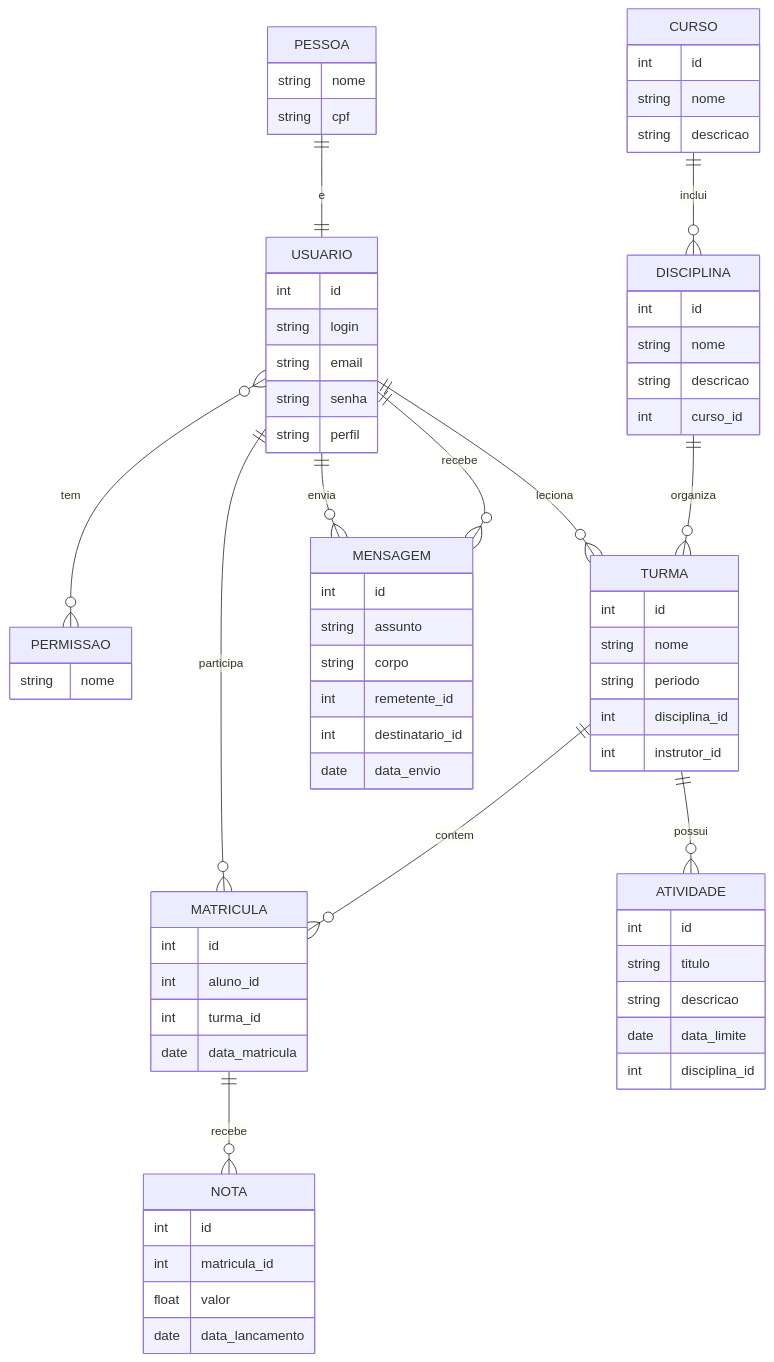
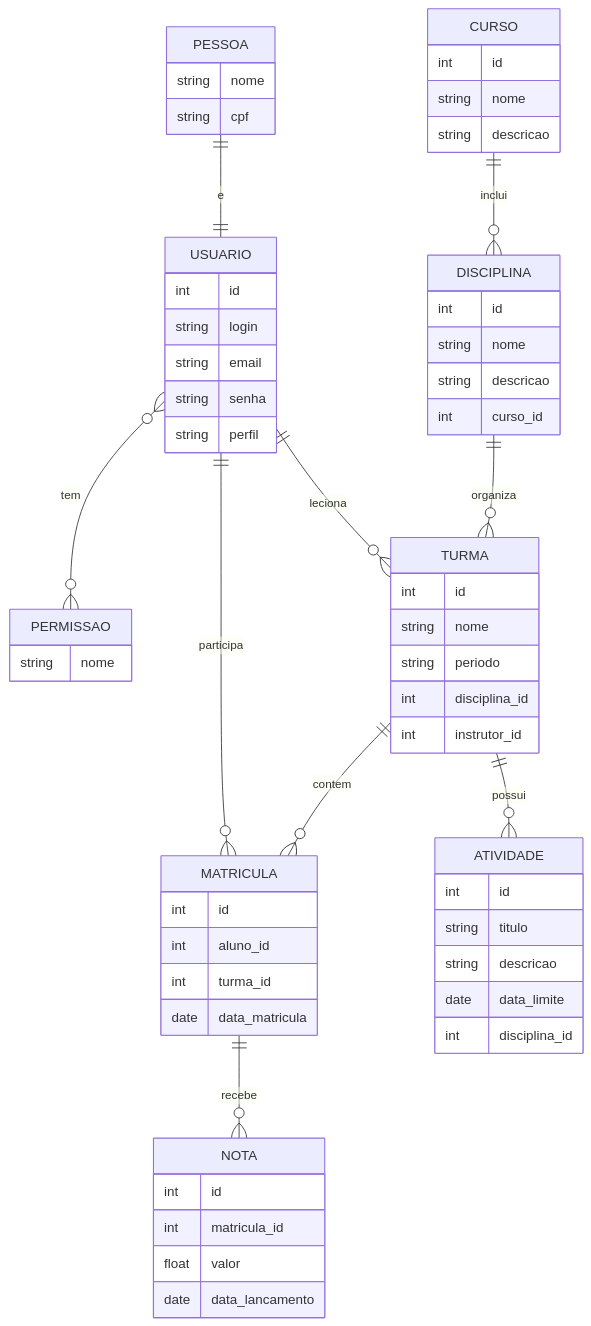
The diagram in docs/der.md (santanasara/school-management-app), drawn with Mermaid before and after one commit.

Commit message:
Update der.md (#41)

```diff
--- a/docs/der.md
+++ b/docs/der.md
@@ -53,15 +53,6 @@
     date data_lancamento
   }
 
-  MENSAGEM {
-    int id
-    string assunto
-    string corpo
-    int remetente_id
-    int destinatario_id
-    date data_envio
-  }
-
   ATIVIDADE {
     int id
     string titulo
@@ -73,8 +64,6 @@
   PESSOA ||--|| USUARIO : e
 
   USUARIO ||--o{ MATRICULA : participa
-  USUARIO ||--o{ MENSAGEM : envia
-  USUARIO ||--o{ MENSAGEM : recebe
   USUARIO ||--o{ TURMA : leciona
   USUARIO }o--o{ PERMISSAO : tem
 
```
